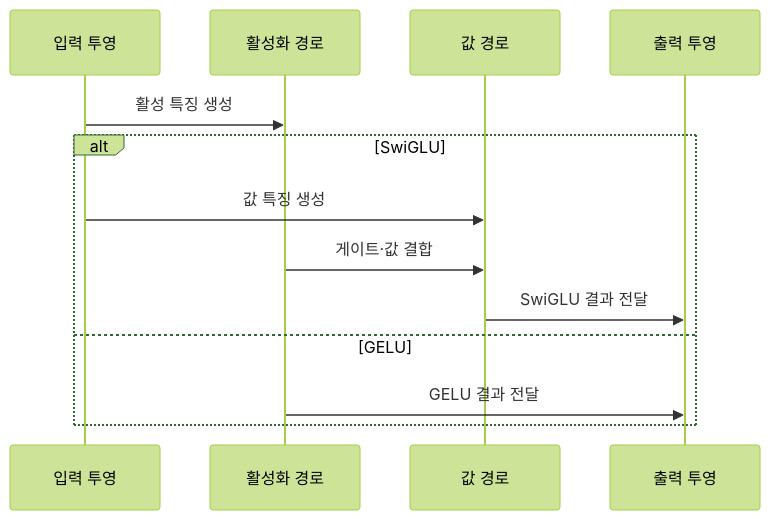
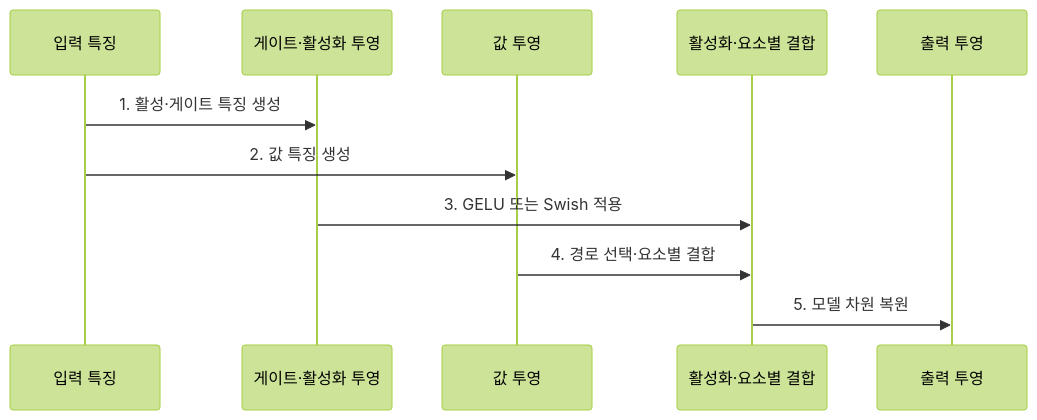
One commit to agnusdei1207/knowledge-base changed the second of 2 diagrams in src/content/docs/notes/08-latest-tech/226_swiglu_vs_gelu_activation.md. Above: the diagram before and after it, drawn with Mermaid (forest theme). The commit also changed other lines of this file and 18 other files, not shown here.

````diff
--- a/src/content/docs/notes/08-latest-tech/226_swiglu_vs_gelu_activation.md
+++ b/src/content/docs/notes/08-latest-tech/226_swiglu_vs_gelu_activation.md
@@ -77,15 +88,13 @@
 ```mermaid
 sequenceDiagram
-    participant I as 입력 투영
-    participant A as 활성화 경로
-    participant V as 값 경로
-    participant O as 출력 투영
-    I->>A: 활성 특징 생성
-    alt SwiGLU
-        I->>V: 값 특징 생성
-        A->>V: 게이트·값 결합
-        V->>O: SwiGLU 결과 전달
-    else GELU
-        A->>O: GELU 결과 전달
-    end
+  participant I as 입력 특징
+  participant G as 게이트·활성화 투영
+  participant V as 값 투영
+  participant C as 활성화·요소별 결합
+  participant O as 출력 투영
+  I->>G: 1. 활성·게이트 특징 생성
+  I->>V: 2. 값 특징 생성
+  G->>C: 3. GELU 또는 Swish 적용
+  V->>C: 4. 경로 선택·요소별 결합
+  C->>O: 5. 모델 차원 복원
 ```
````
